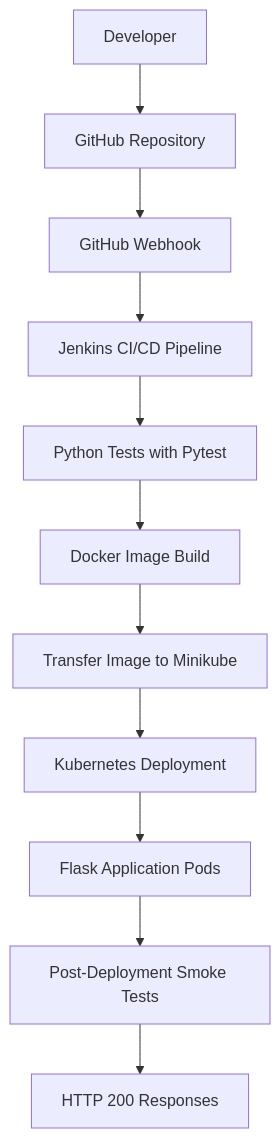
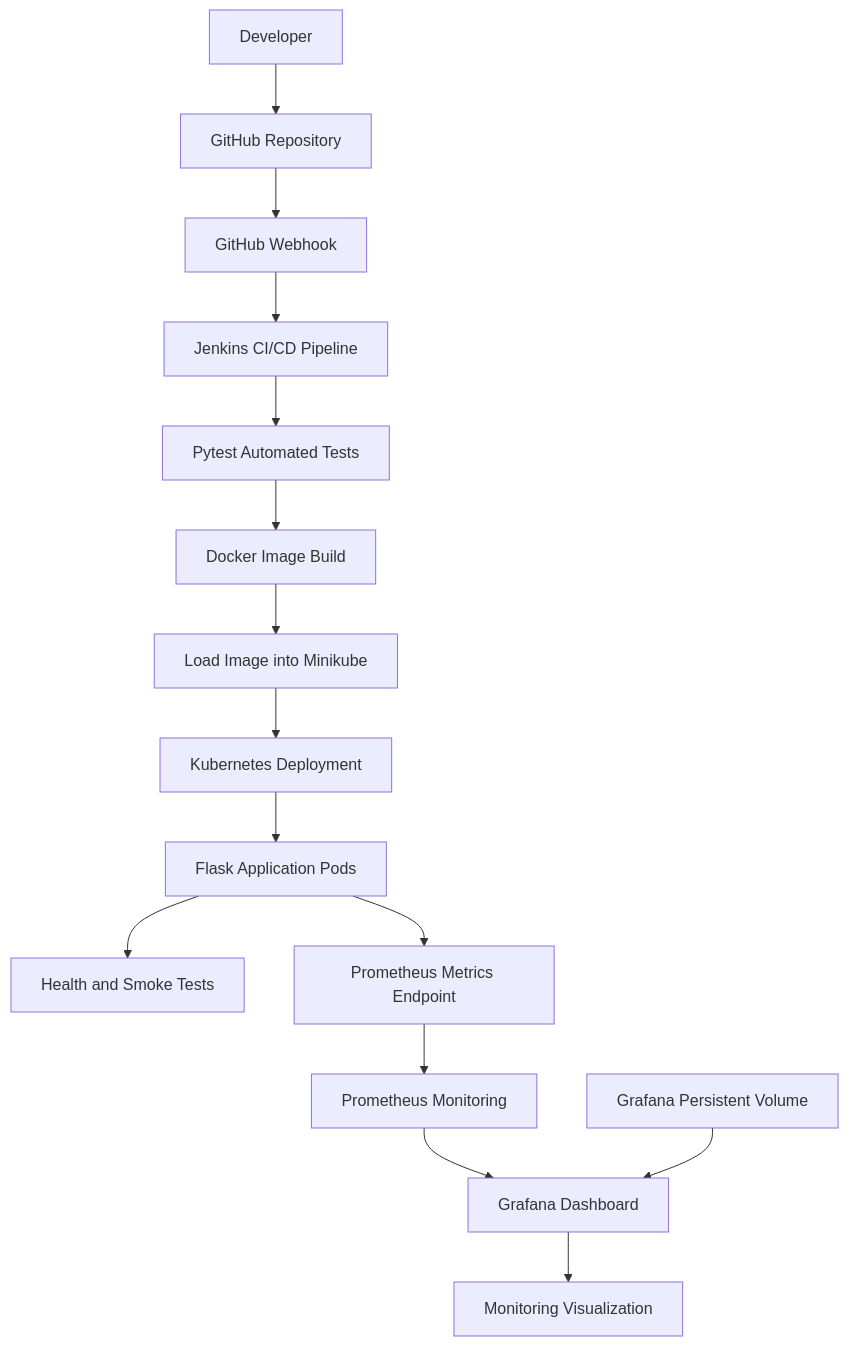
Before and after one commit to Gangadharbv143/end-to-end-devops-cicd: the diagram in README.md, drawn with Mermaid. The commit also changed other lines of this file and 14 other files, not shown here.

Commit message:
feat: add Prometheus Grafana monitoring and persistence

````diff
--- a/README.md
+++ b/README.md
@@ -8,13 +13,19 @@
 ```mermaid
 flowchart TD
     A[Developer] --> B[GitHub Repository]
     B --> C[GitHub Webhook]
     C --> D[Jenkins CI/CD Pipeline]
-    D --> E[Python Tests with Pytest]
+    D --> E[Pytest Automated Tests]
     E --> F[Docker Image Build]
-    F --> G[Transfer Image to Minikube]
+    F --> G[Load Image into Minikube]
     G --> H[Kubernetes Deployment]
     H --> I[Flask Application Pods]
-    I --> J[Post-Deployment Smoke Tests]
-    J --> K[HTTP 200 Responses]
+    I --> J[Health and Smoke Tests]
+
+    I --> K[Prometheus Metrics Endpoint]
+    K --> L[Prometheus Monitoring]
+    L --> M[Grafana Dashboard]
+    M --> N[Monitoring Visualization]
+
+    O[Grafana Persistent Volume] --> M
 ```
````
